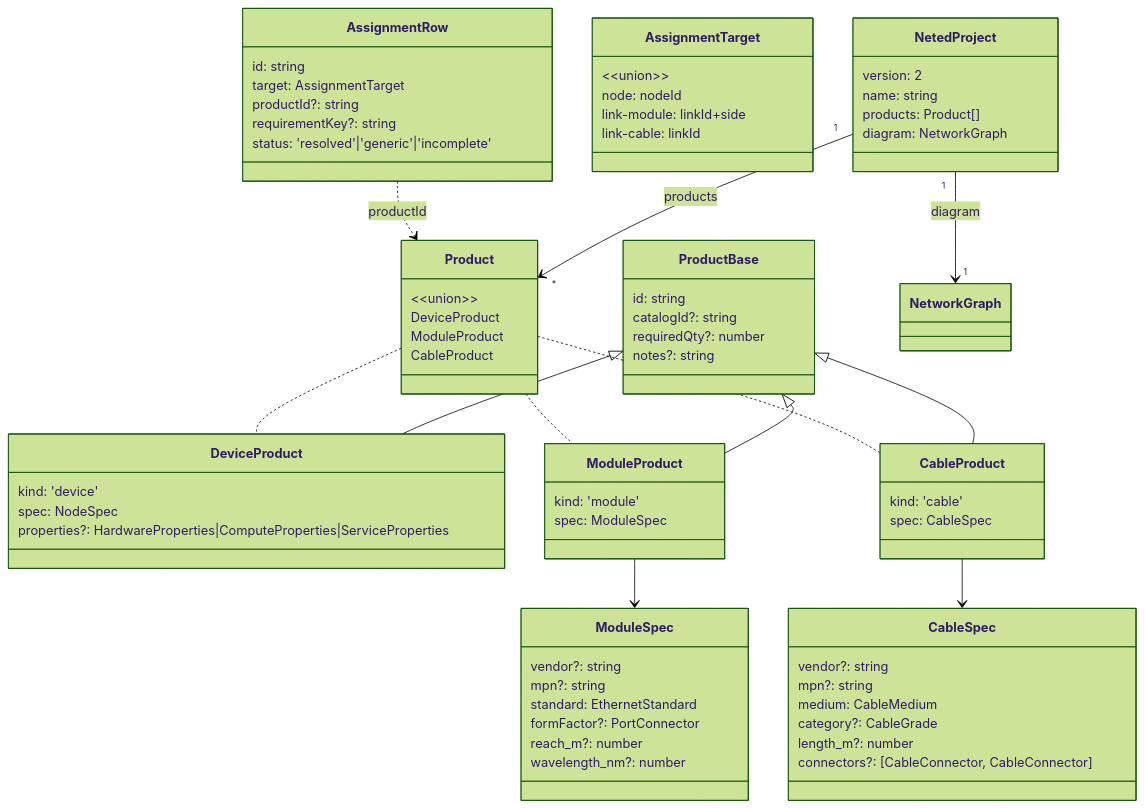
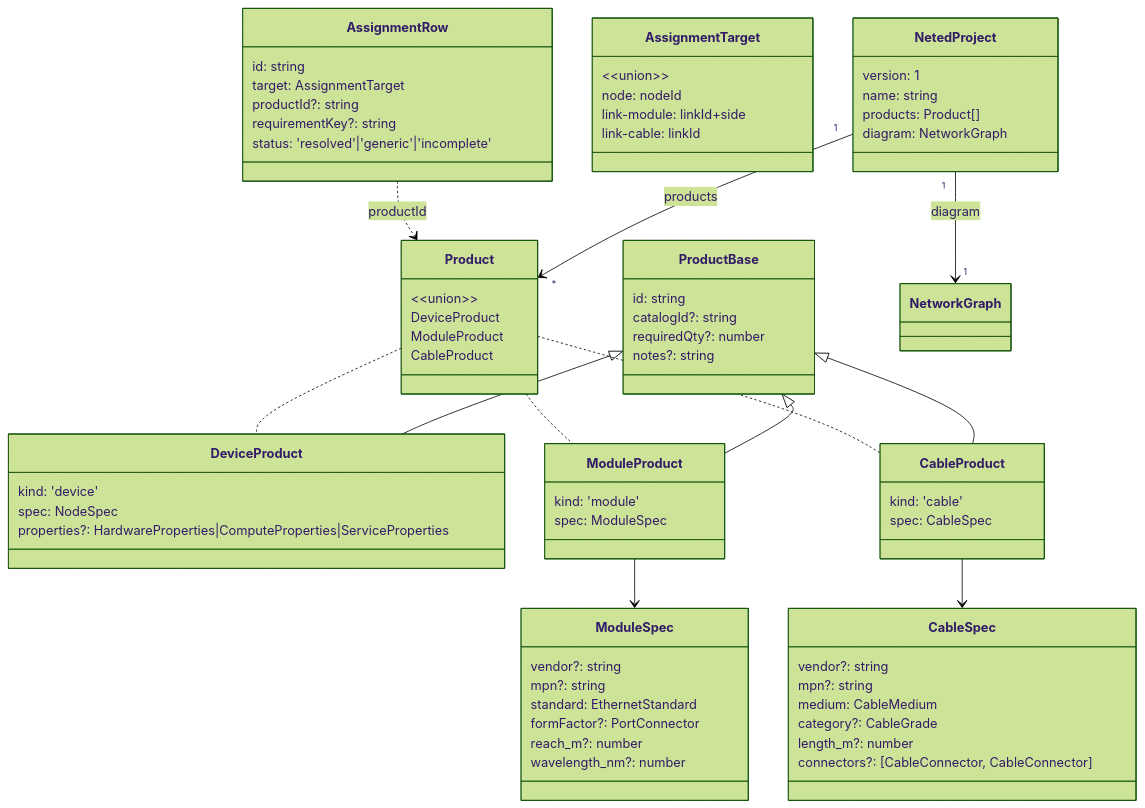
Before and after one commit to konoe-akitoshi/shumoku: the third of 4 diagrams in apps/editor/docs/design/data-model.md, drawn with Mermaid (forest theme). The commit also changed other lines of this file and 1 other file, not shown here.

First line of the commit message:
docs(design): lock in architectural invariants before they get hard to change

```diff
--- a/apps/editor/docs/design/data-model.md
+++ b/apps/editor/docs/design/data-model.md
@@ -208,7 +208,7 @@
   }
 
   class NetedProject {
-    version: 2
+    version: 1
     name: string
     products: Product[]
     diagram: NetworkGraph
```
